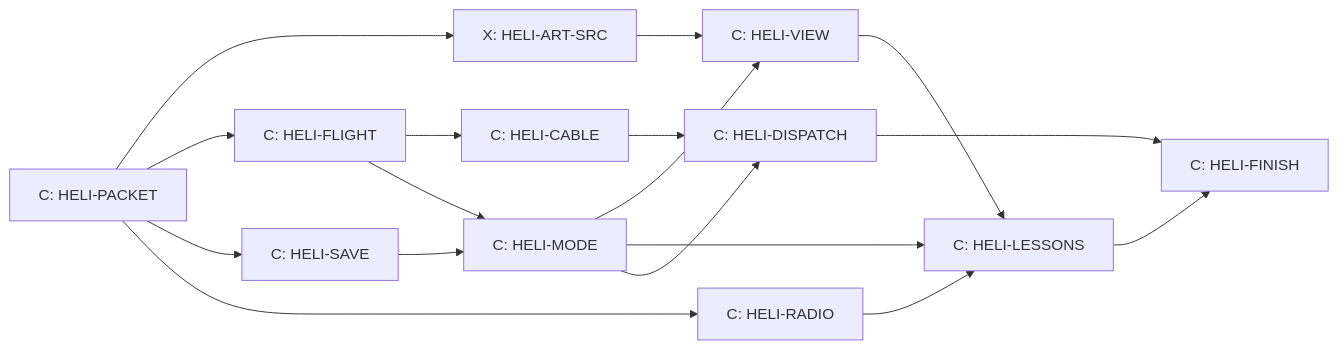
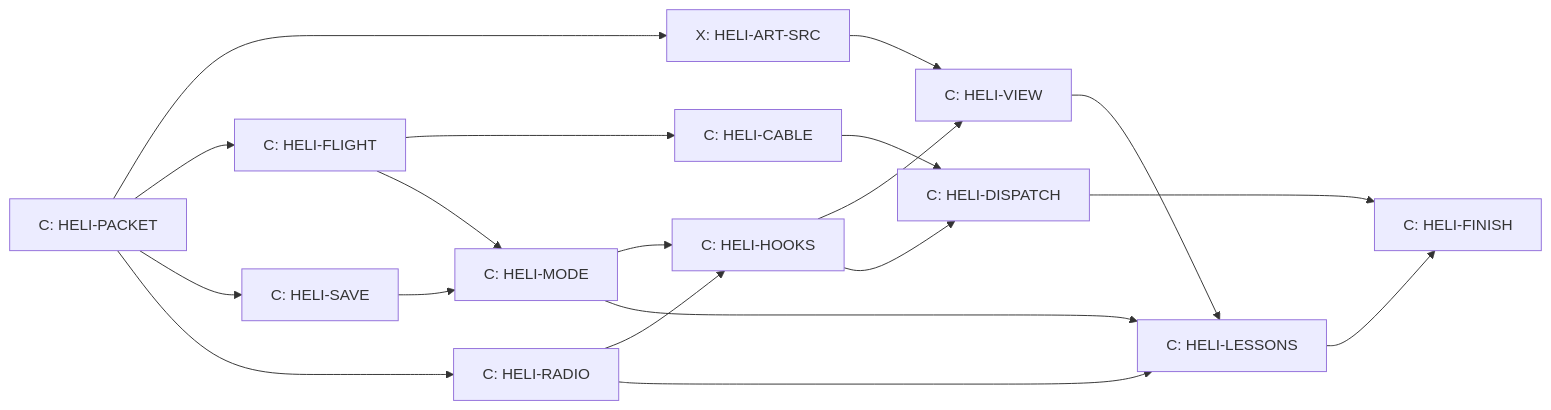
Before and after one commit to Dukes0O/the-duel-remake: the diagram in docs/HELICOPTER.md, drawn with Mermaid. The commit also changed other lines of this file and 5 other files, not shown here.

````diff
--- a/docs/HELICOPTER.md
+++ b/docs/HELICOPTER.md
@@ -306,13 +310,14 @@
 ```mermaid
 flowchart LR
   P[C: HELI-PACKET] --> ART[X: HELI-ART-SRC]
   P --> FL[C: HELI-FLIGHT]
   P --> SV[C: HELI-SAVE]
   P --> RD[C: HELI-RADIO]
   FL --> CB[C: HELI-CABLE]
   FL & SV --> MD[C: HELI-MODE]
-  MD & ART --> VW[C: HELI-VIEW]
+  MD & RD --> HK[C: HELI-HOOKS]
+  HK & ART --> VW[C: HELI-VIEW]
   MD & RD & VW --> LS[C: HELI-LESSONS]
-  CB & MD --> DP[C: HELI-DISPATCH]
+  CB & HK --> DP[C: HELI-DISPATCH]
   LS & DP --> FN[C: HELI-FINISH]
 ```
````
